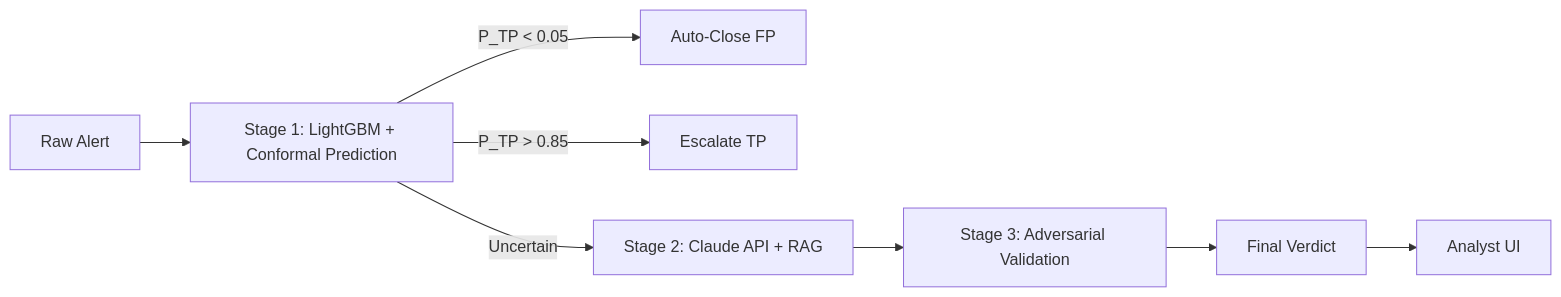
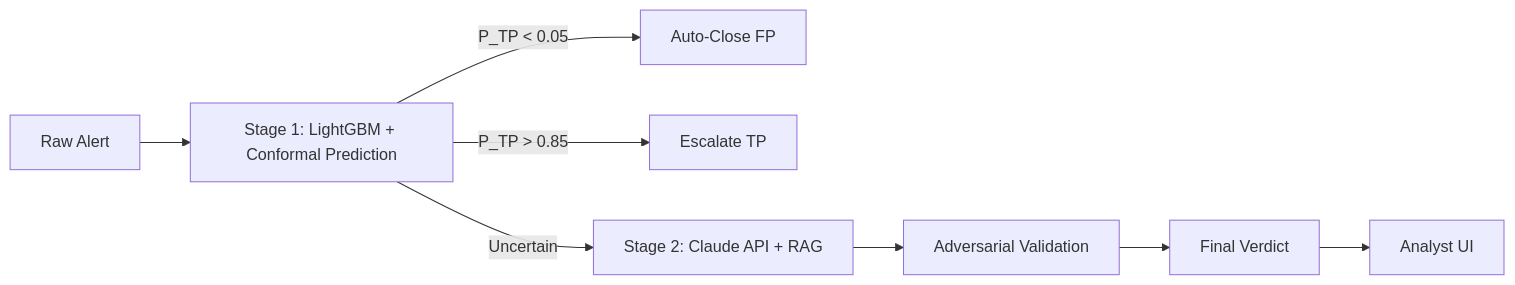
Before and after one commit to jay-chetty-ai/soc-fp-reduction: the diagram in README.md, drawn with Mermaid. The commit also changed other lines of this file and 4 other files, not shown here.

````diff
--- a/README.md
+++ b/README.md
@@ -18,10 +17,10 @@
 ```mermaid
 flowchart LR
     A[Raw Alert] --> B[Stage 1: LightGBM + Conformal Prediction]
     B -->|P_TP < 0.05| C[Auto-Close FP]
     B -->|P_TP > 0.85| D[Escalate TP]
     B -->|Uncertain| E[Stage 2: Claude API + RAG]
-    E --> F[Stage 3: Adversarial Validation]
+    E --> F[Adversarial Validation]
     F --> G[Final Verdict]
     G --> H[Analyst UI]
 ```
````
